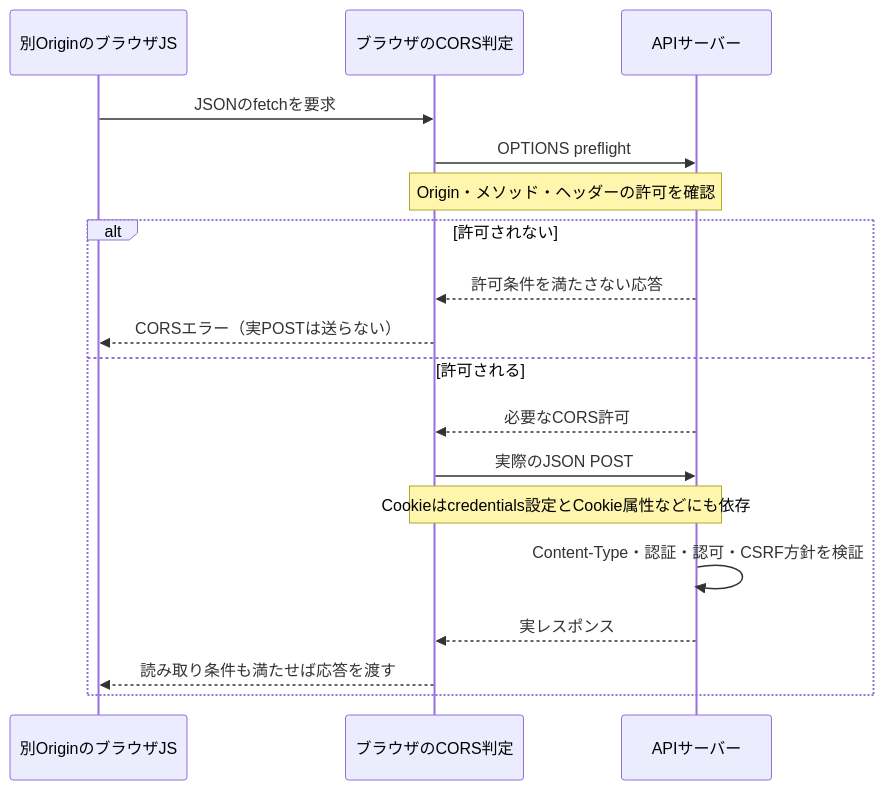
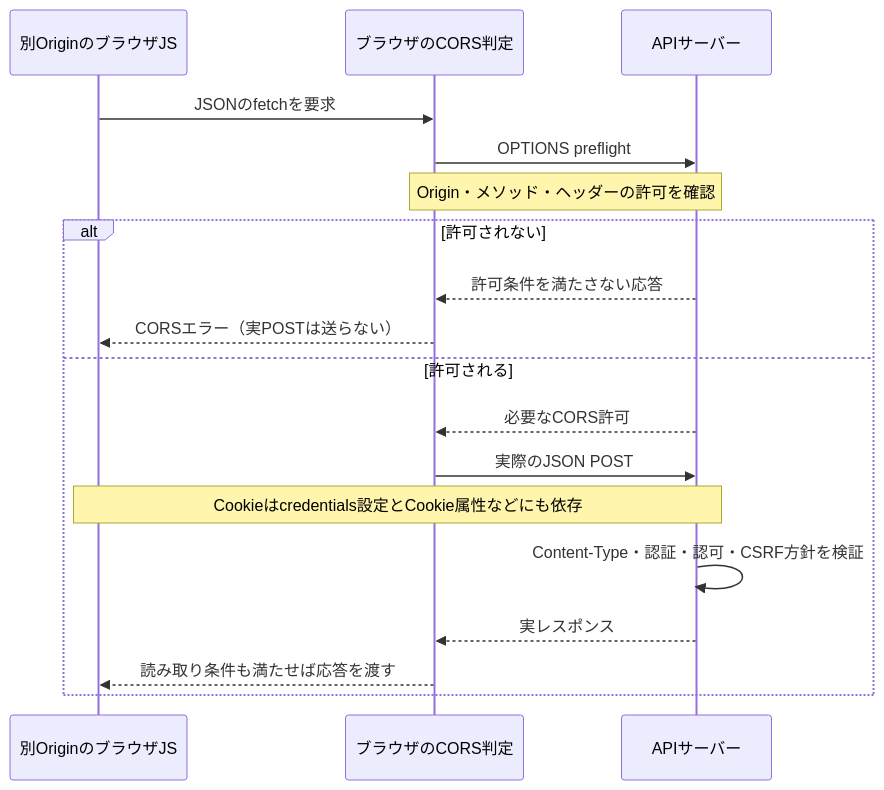
One commit to yuu19/yusuke-blog changed the third of 3 diagrams in articles/sveltekit-csrf-boundaries.md. Above: the diagram before and after it, drawn with Mermaid. The commit also changed other lines of this file, not shown here.

Commit message:
docs: keep diagram notes within their visual spans

````diff
--- a/articles/sveltekit-csrf-boundaries.md
+++ b/articles/sveltekit-csrf-boundaries.md
@@ -286,20 +286,20 @@
 ```mermaid
 sequenceDiagram
     participant B as 別OriginのブラウザJS
     participant C as ブラウザのCORS判定
     participant A as APIサーバー
     B->>C: JSONのfetchを要求
     C->>A: OPTIONS preflight
     Note over C,A: Origin・メソッド・ヘッダーの許可を確認
     alt 許可されない
         A-->>C: 許可条件を満たさない応答
         C-->>B: CORSエラー（実POSTは送らない）
     else 許可される
         A-->>C: 必要なCORS許可
         C->>A: 実際のJSON POST
-        Note over C,A: Cookieはcredentials設定とCookie属性などにも依存
+        Note over B,A: Cookieはcredentials設定とCookie属性などにも依存
         A->>A: Content-Type・認証・認可・CSRF方針を検証
         A-->>C: 実レスポンス
         C-->>B: 読み取り条件も満たせば応答を渡す
     end
 ```
````
